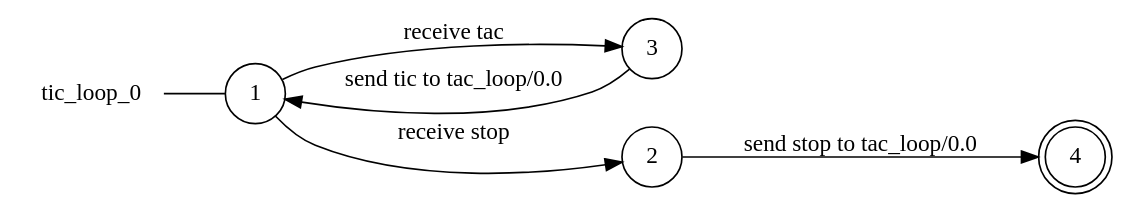
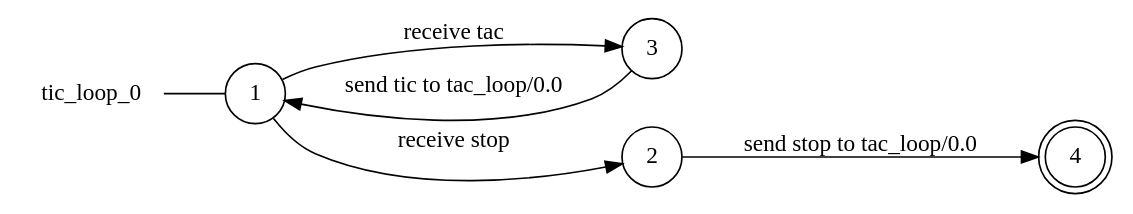
One commit to gabrielegenovese/chorer changed the diagram in examples/ticktackloop/tic_loop_0_local_view.dot. Above: the diagram before and after it, drawn with Graphviz. The commit also changed other lines of this file and 78 other files, not shown here.

```diff
--- a/examples/ticktackloop/tic_loop_0_local_view.dot
+++ b/examples/ticktackloop/tic_loop_0_local_view.dot
@@ -1,14 +1,14 @@
 digraph tic_loop_0 {
 	rankdir="LR";
 	n_0 [label="tic_loop_0", shape="plaintext"];
 	n_1 [id="1", shape=circle, label="1"];
 	n_0 -> n_1 [arrowhead=none];
 	n_2 [id="2", shape=circle, label="3"];
 	n_3 [id="4", shape=doublecircle, label="4"];
 	n_4 [id="3", shape=circle, label="2"];
 
+	n_1 -> n_4 [id="[$e|0]", label="receive stop"];
+	n_1 -> n_2 [id="[$e|2]", label="receive tac"];
 	n_2 -> n_1 [id="[$e|6]", label="send tic to tac_loop/0.0"];
-	n_1 -> n_2 [id="[$e|2]", label="receive tac"];
 	n_4 -> n_3 [id="[$e|4]", label="send stop to tac_loop/0.0"];
-	n_1 -> n_4 [id="[$e|0]", label="receive stop"];
 }
```
